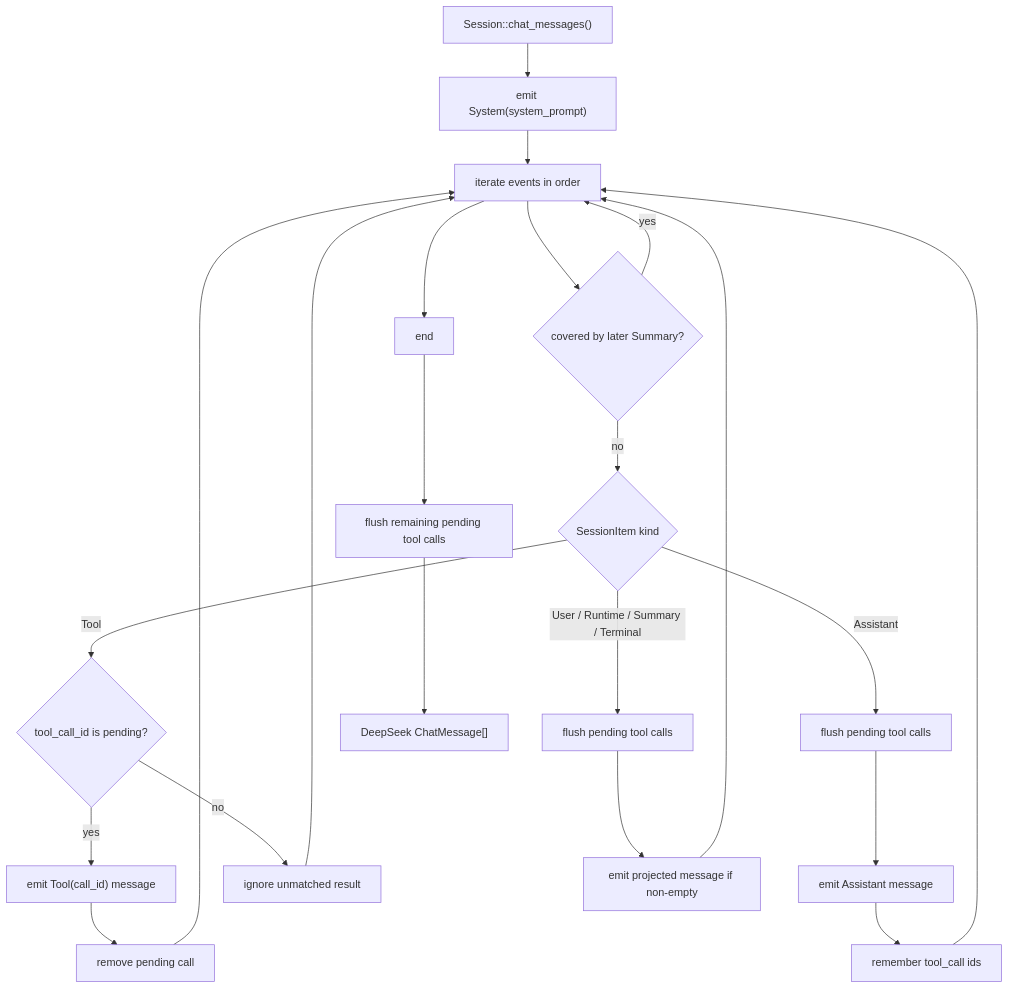
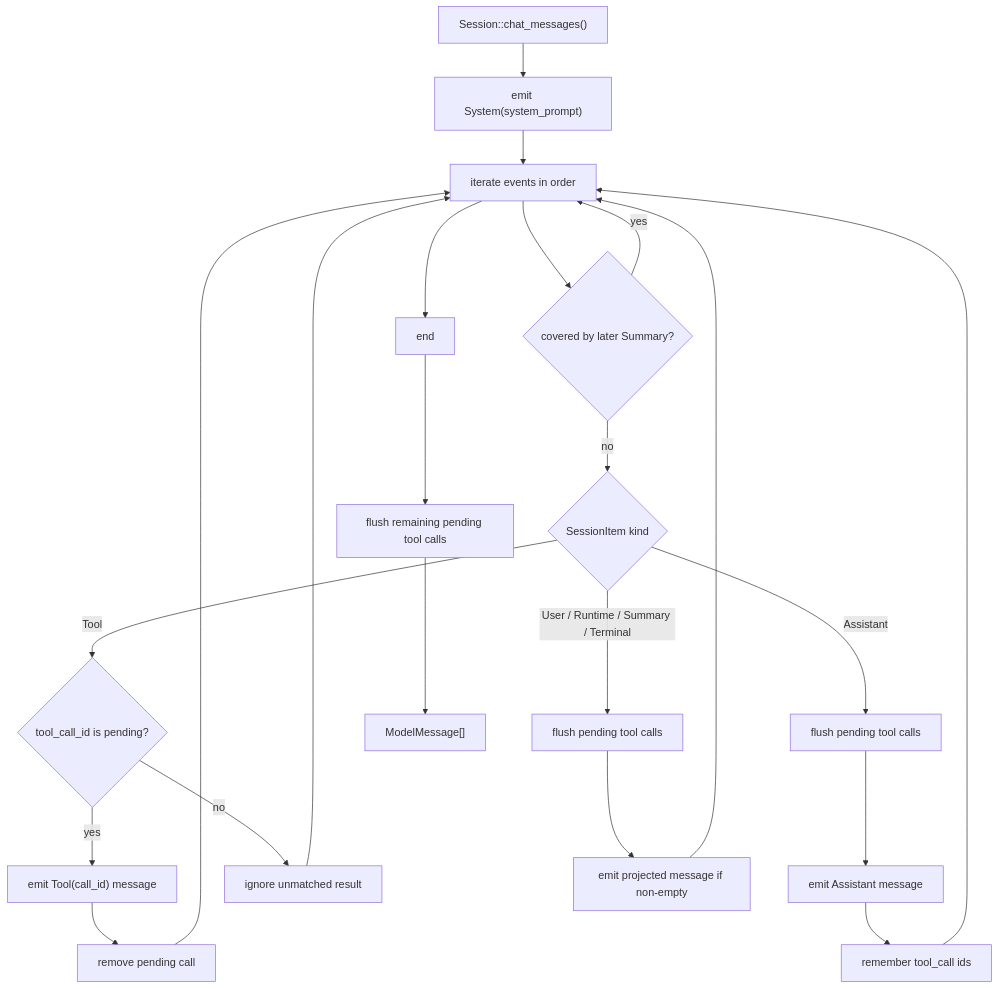
Before and after one commit to moonbitlang/openseek: the third of 5 diagrams in agent_session/README.mbt.md, drawn with Mermaid. The commit also changed other lines of this file and 14 other files, not shown here.

First line of the commit message:
refactor(agent_session): project sessions to ModelMessage

````diff
--- a/agent_session/README.mbt.md
+++ b/agent_session/README.mbt.md
@@ -254,29 +255,29 @@
 ```mermaid
 flowchart TD
   start["Session::chat_messages()"] --> system["emit System(system_prompt)"]
   system --> loop["iterate events in order"]
 
   loop --> covered{"covered by later Summary?"}
   covered -->|yes| loop
   covered -->|no| kind{"SessionItem kind"}
 
   kind -->|Assistant| flush1["flush pending tool calls"]
   flush1 --> emitAssistant["emit Assistant message"]
   emitAssistant --> rememberCalls["remember tool_call ids"]
   rememberCalls --> loop
 
   kind -->|Tool| matchTool{"tool_call_id is pending?"}
   matchTool -->|yes| emitTool["emit Tool(call_id) message"]
   emitTool --> removePending["remove pending call"]
   removePending --> loop
   matchTool -->|no| ignoreTool["ignore unmatched result"]
   ignoreTool --> loop
 
   kind -->|User / Runtime / Summary / Terminal| flush2["flush pending tool calls"]
   flush2 --> emitOther["emit projected message if non-empty"]
   emitOther --> loop
 
   loop --> done["end"]
   done --> finalFlush["flush remaining pending tool calls"]
-  finalFlush --> messages["DeepSeek ChatMessage[]"]
+  finalFlush --> messages["ModelMessage[]"]
 ```
````
